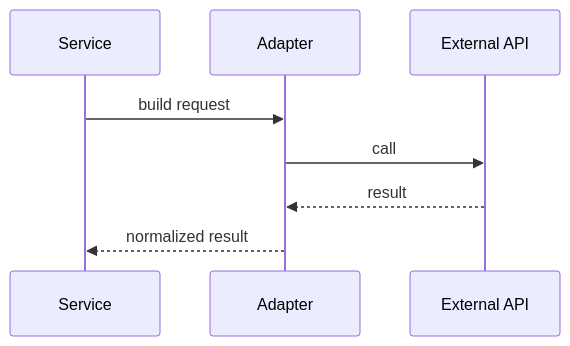
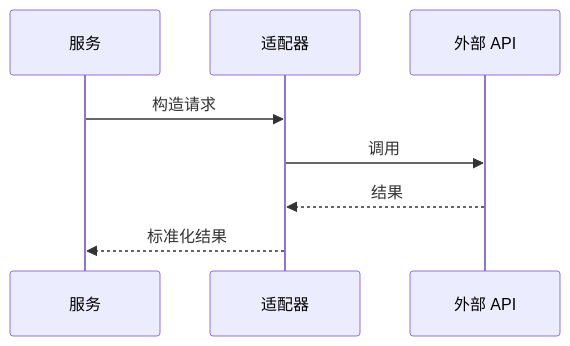
The fifth of 6 diagrams in templates/02-system-diagrams.md (WangXianan456/repo-global-map), drawn with Mermaid before and after one commit. The commit also changed other lines of this file and 16 other files, not shown here.

````diff
--- a/templates/02-system-diagrams.md
+++ b/templates/02-system-diagrams.md
@@ -101,10 +101,10 @@
 ```mermaid
 sequenceDiagram
-participant S as Service
-participant A as Adapter
-participant X as External API
-S->>A: build request
-A->>X: call
-X-->>A: result
-A-->>S: normalized result
+participant S as 服务
+participant A as 适配器
+participant X as 外部 API
+S->>A: 构造请求
+A->>X: 调用
+X-->>A: 结果
+A-->>S: 标准化结果
 ```
````
